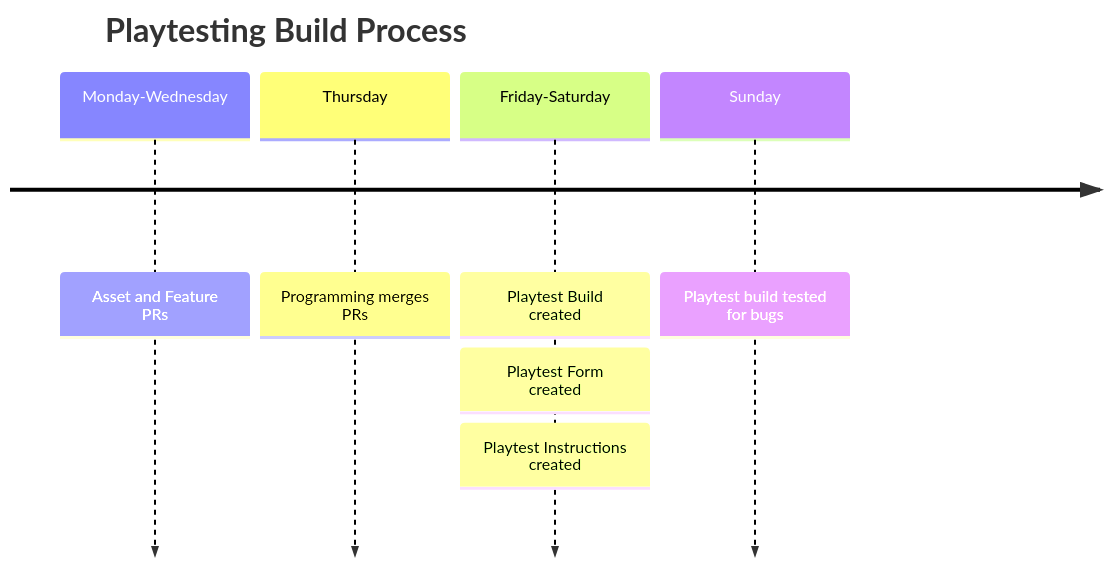
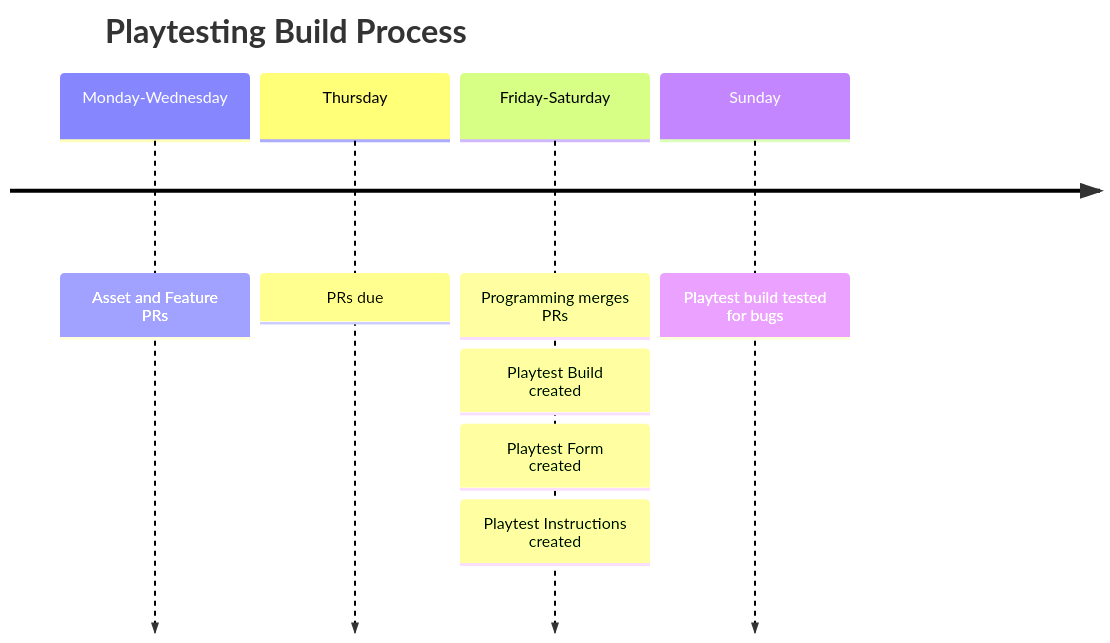
Before and after one commit to PuddleduckProductions/MysticForestParkRanger: the diagram in Documentation/docs/playtesting.md, drawn with Mermaid. The commit also changed other lines of this file, not shown here.

````diff
--- a/Documentation/docs/playtesting.md
+++ b/Documentation/docs/playtesting.md
@@ -16,14 +16,15 @@
 ```mermaid
 timeline
     title Playtesting Build Process
         Monday-Wednesday
         : Asset and Feature PRs
         Thursday
+        : PRs due
+        Friday-Saturday
         : Programming merges PRs
-        Friday-Saturday
         : Playtest Build created
         : Playtest Form created
         : Playtest Instructions created
         Sunday
         : Playtest build tested for bugs
 ```
````
